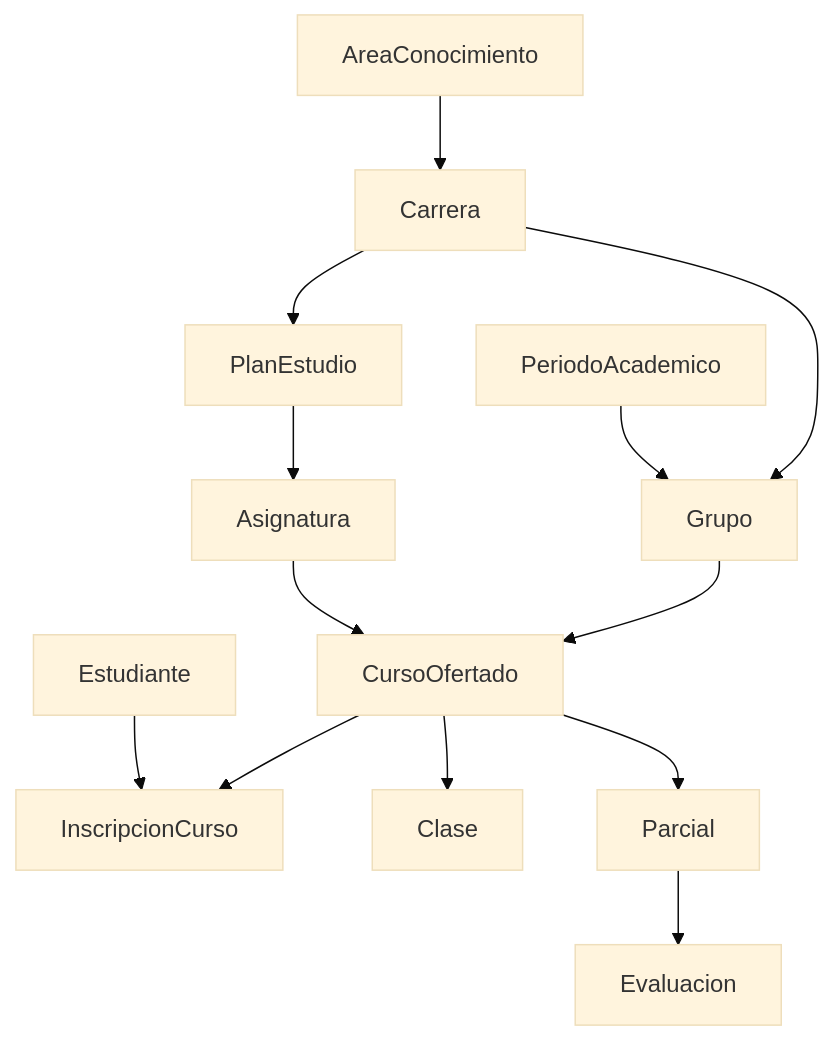
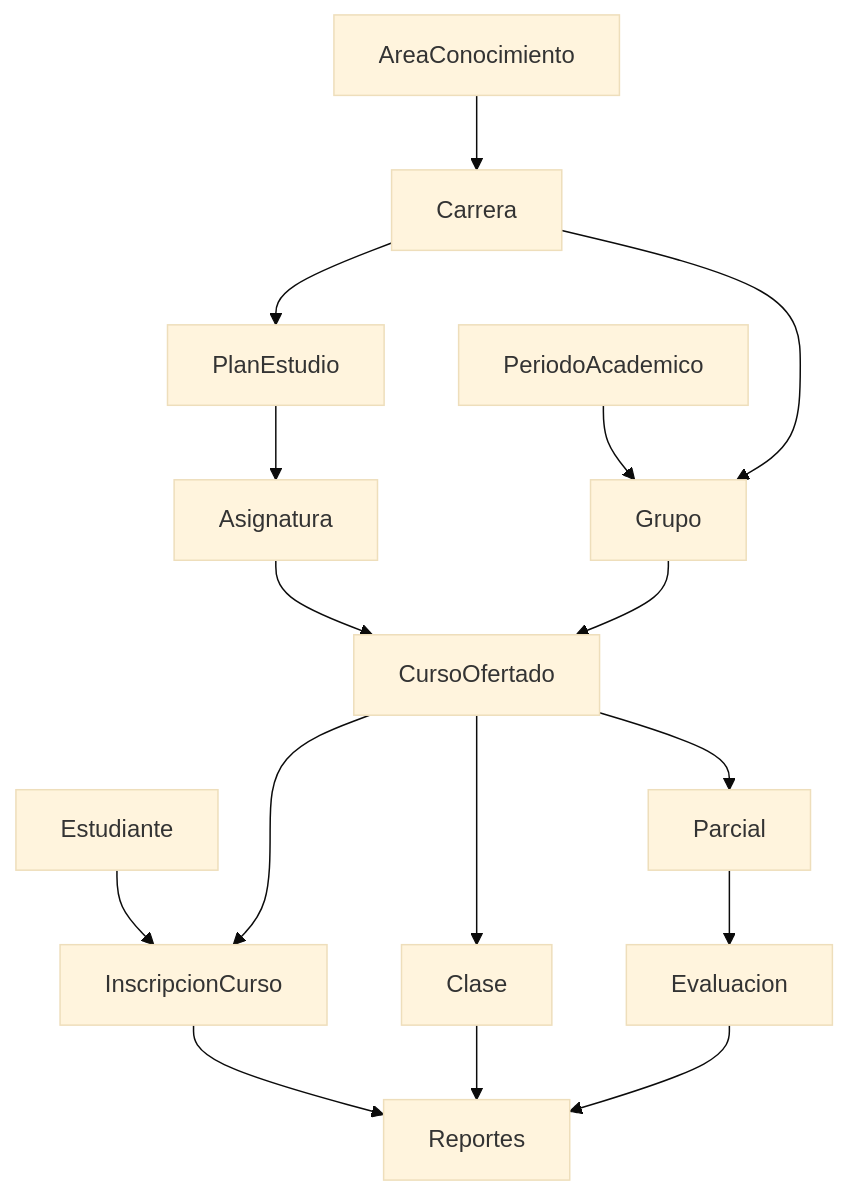
Before and after one commit to ijtrujillo99/GestionAcademica: the third of 4 diagrams in README.md, drawn with Mermaid (base theme). The commit also changed other lines of this file, not shown here.

````diff
--- a/README.md
+++ b/README.md
@@ -58,28 +120,32 @@
 ```mermaid
 flowchart TB
   area[AreaConocimiento]
   carrera[Carrera]
   plan[PlanEstudio]
   asignatura[Asignatura]
   periodo[PeriodoAcademico]
   grupo[Grupo]
   curso[CursoOfertado]
   estudiante[Estudiante]
   insc[InscripcionCurso]
   clase[Clase]
   parcial[Parcial]
   evaluacion[Evaluacion]
+  reporte[Reportes]
 
   area --> carrera
   carrera --> plan
   plan --> asignatura
   periodo --> grupo
   carrera --> grupo
   asignatura --> curso
   grupo --> curso
   estudiante --> insc
   curso --> insc
   curso --> clase
   curso --> parcial
   parcial --> evaluacion
+  insc --> reporte
+  clase --> reporte
+  evaluacion --> reporte
 ```
````
